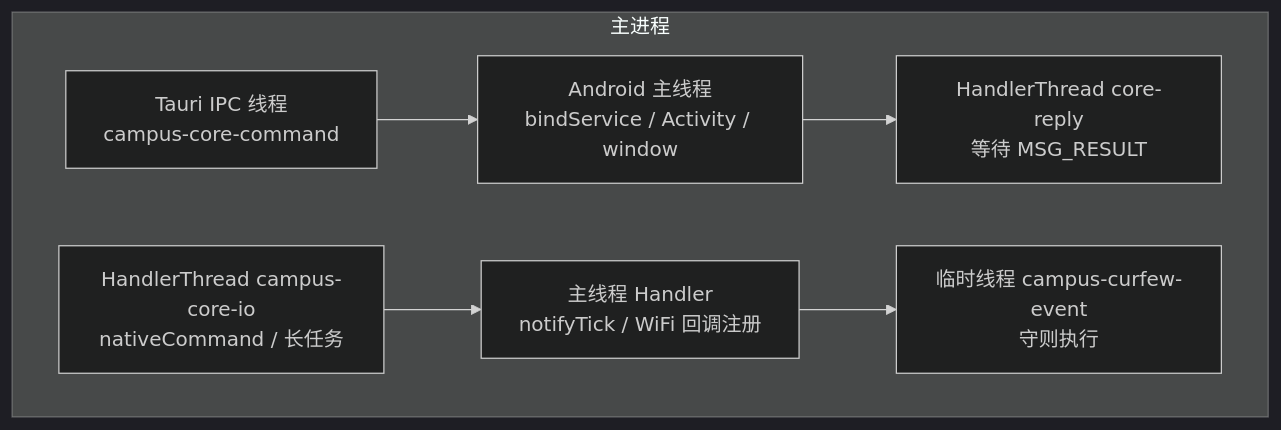
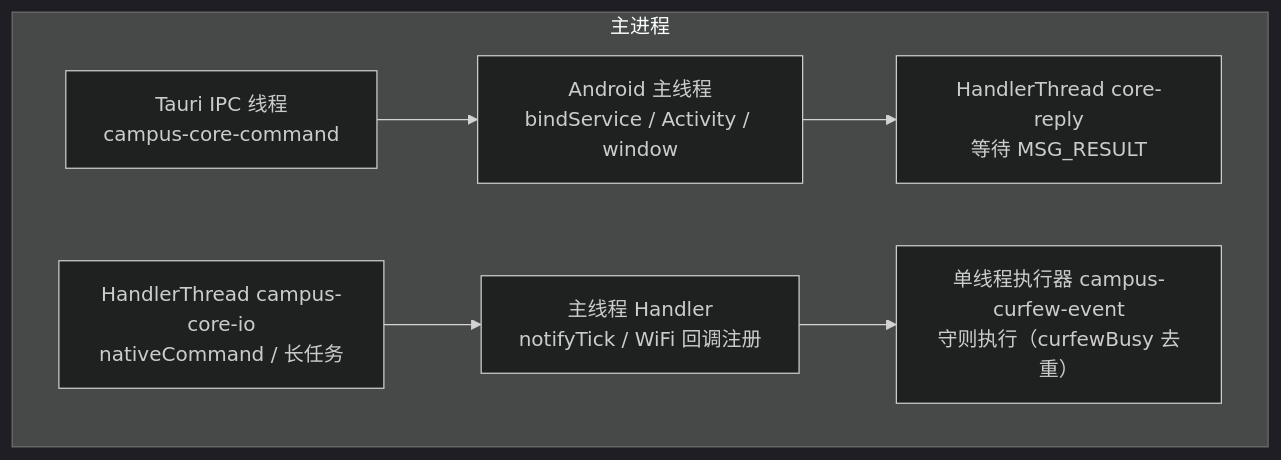
Before and after one commit to ikliml666/Wxxy-CampusLogin: the fourth of 6 diagrams in .codewiki/modules/android-plugins-foreground-service.md, drawn with Mermaid (dark theme). The commit also changed other lines of this file and 12 other files, not shown here.

````diff
--- a/.codewiki/modules/android-plugins-foreground-service.md
+++ b/.codewiki/modules/android-plugins-foreground-service.md
@@ -244,15 +244,15 @@
 ```mermaid
 flowchart TB
     subgraph MAIN["主进程"]
         MAINTH["Android 主线程<br/>bindService / Activity / window"]
         IPC["Tauri IPC 线程<br/>campus-core-command"]
         REPLY["HandlerThread core-reply<br/>等待 MSG_RESULT"]
         IOTH["HandlerThread campus-core-io<br/>nativeCommand / 长任务"]
         LOOPER["主线程 Handler<br/>notifyTick / WiFi 回调注册"]
-        EVENTTH["临时线程 campus-curfew-event<br/>守则执行"]
+        EVENTTH["单线程执行器 campus-curfew-event<br/>守则执行（curfewBusy 去重）"]
     end
     IPC --> MAINTH
     MAINTH --> REPLY
     IOTH --> LOOPER
     LOOPER --> EVENTTH
 ```
````
